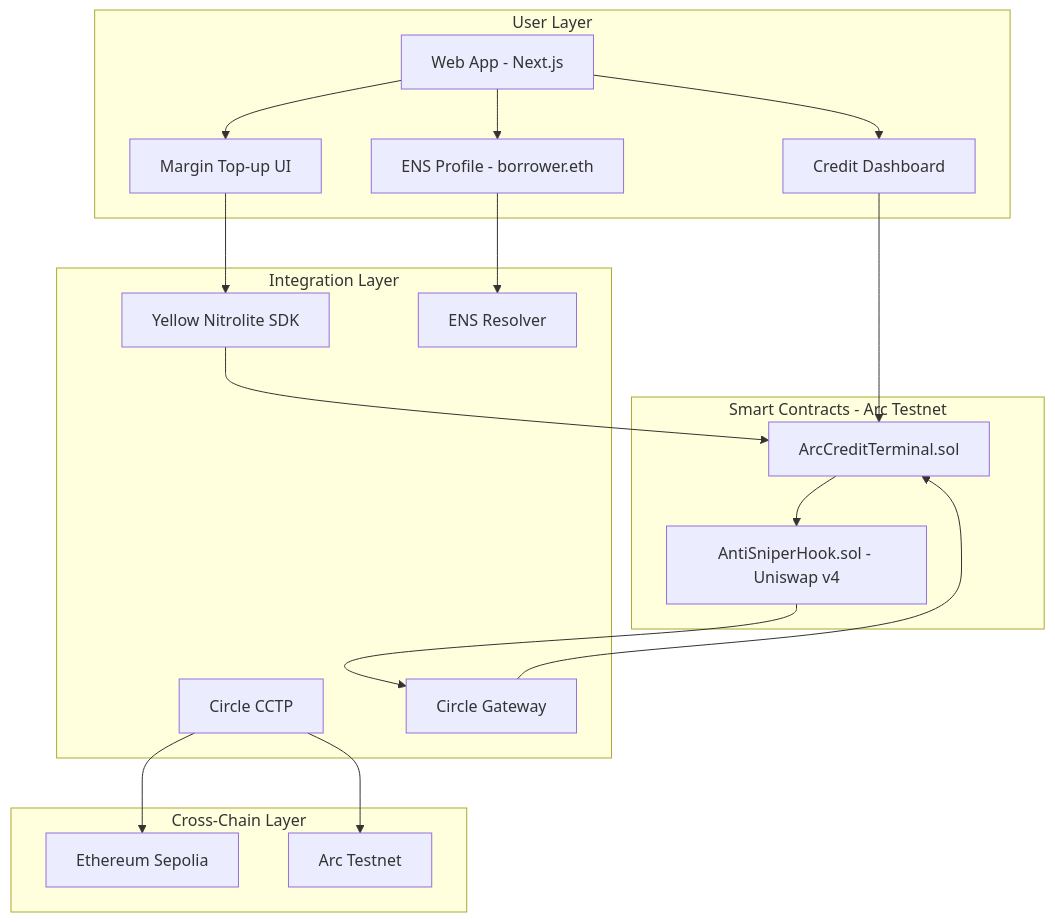
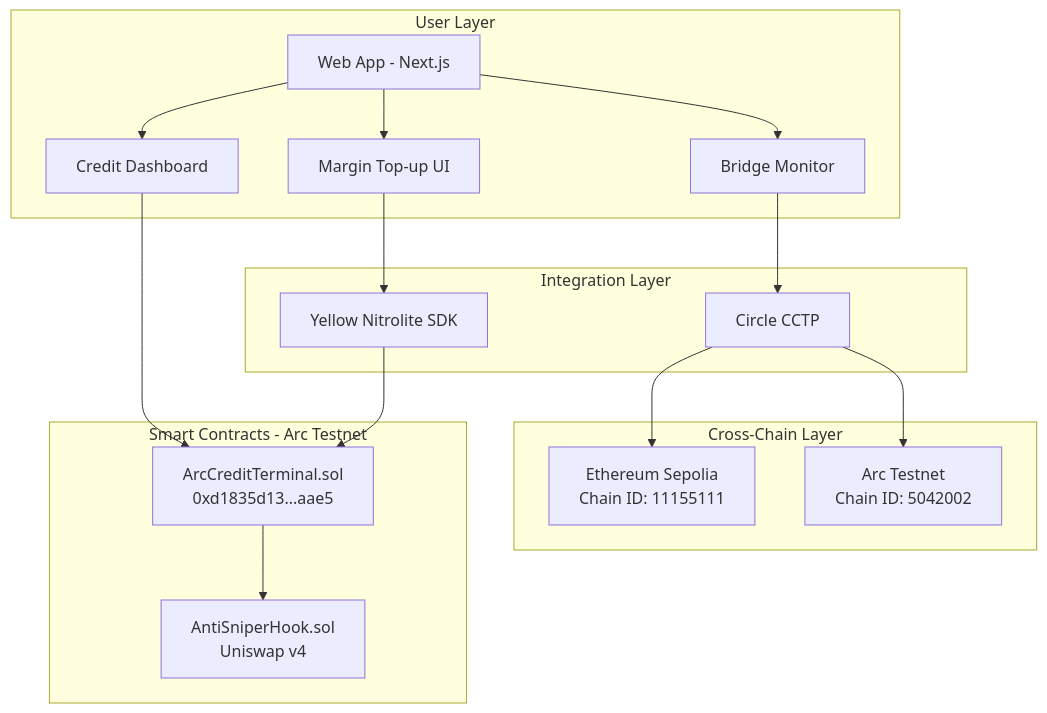
Before and after one commit to N-45div/HackMoney2026: the first of 11 diagrams in ARCHITECTURE.md, drawn with Mermaid. The commit also changed other lines of this file and 4 other files, not shown here.

First line of the commit message:
docs: Update README and ARCHITECTURE with Mermaid diagrams, remove ENS

````diff
--- a/ARCHITECTURE.md
+++ b/ARCHITECTURE.md
@@ -5,39 +16,35 @@
 ```mermaid
 graph TB
     subgraph "User Layer"
         UI[Web App - Next.js]
         CD[Credit Dashboard]
         MT[Margin Top-up UI]
-        EP[ENS Profile - borrower.eth]
+        BM[Bridge Monitor]
     end
 
     subgraph "Smart Contracts - Arc Testnet"
-        ACT[ArcCreditTerminal.sol]
-        ASH[AntiSniperHook.sol - Uniswap v4]
+        ACT[ArcCreditTerminal.sol<br/>0xd1835d13...aae5]
+        ASH[AntiSniperHook.sol<br/>Uniswap v4]
     end
 
     subgraph "Integration Layer"
         YN[Yellow Nitrolite SDK]
         CC[Circle CCTP]
-        CG[Circle Gateway]
-        EN[ENS Resolver]
     end
 
     subgraph "Cross-Chain Layer"
-        ES[Ethereum Sepolia]
-        AT[Arc Testnet]
+        ES[Ethereum Sepolia<br/>Chain ID: 11155111]
+        AT[Arc Testnet<br/>Chain ID: 5042002]
     end
 
     UI --> CD
     UI --> MT
-    UI --> EP
+    UI --> BM
     CD --> ACT
     MT --> YN
-    EP --> EN
+    BM --> CC
     YN --> ACT
     CC --> ES
     CC --> AT
-    CG --> ACT
     ACT --> ASH
-    ASH --> CG
 ```
````
